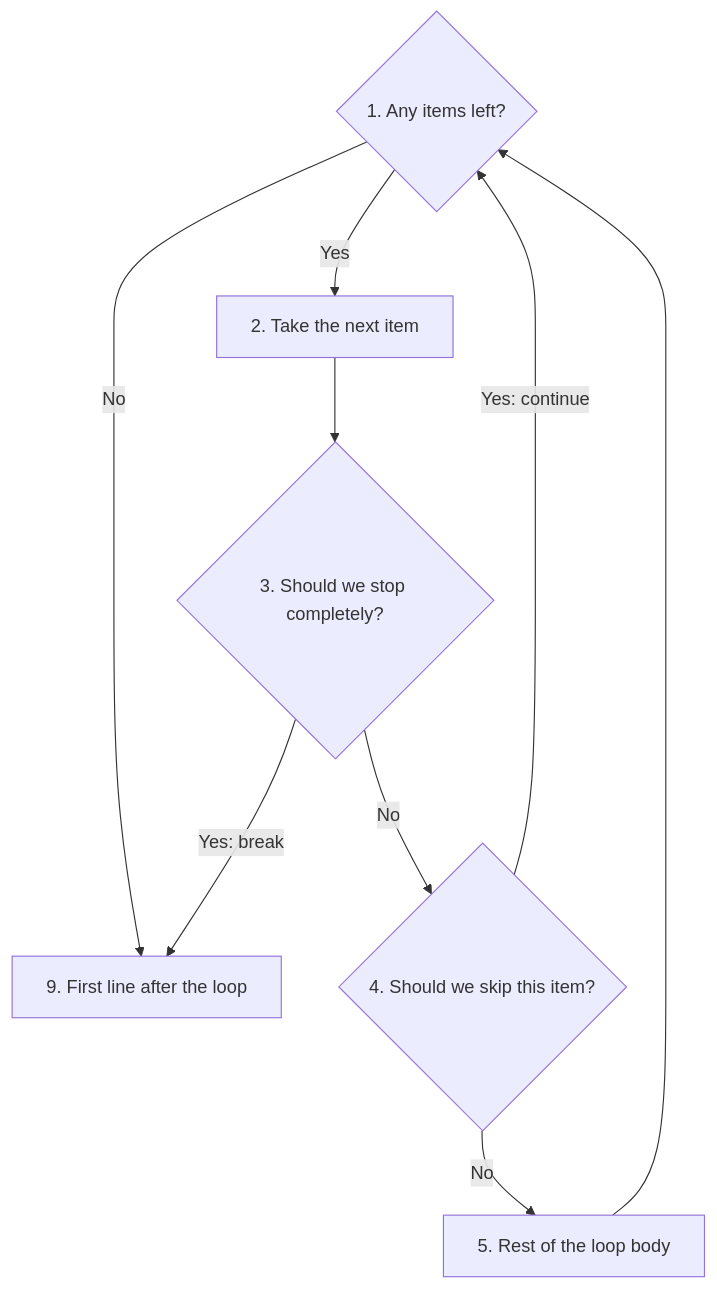
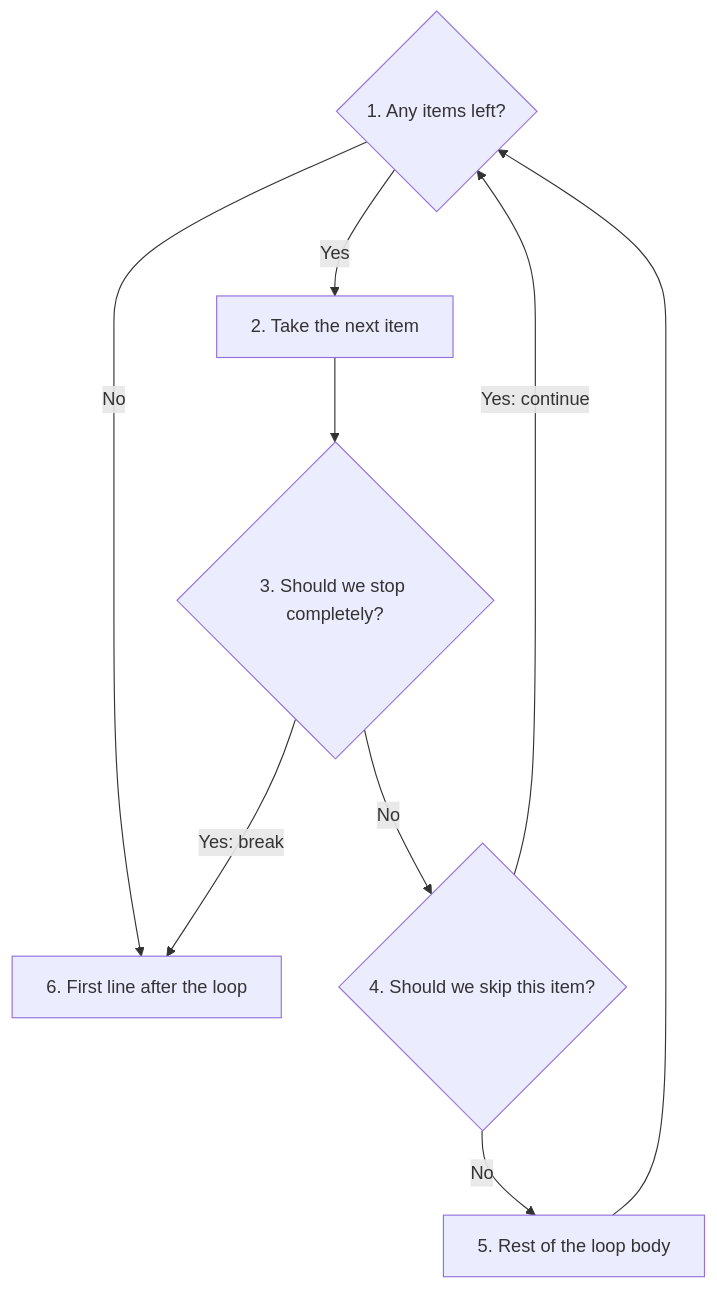
Before and after one commit to ag999git/001-mkdocs: the sixth of 8 diagrams in docs/04-flow-control/03-2-ch4-conceptual-qa.md, drawn with Mermaid. The commit also changed other lines of this file, not shown here.

````diff
--- a/docs/04-flow-control/03-2-ch4-conceptual-qa.md
+++ b/docs/04-flow-control/03-2-ch4-conceptual-qa.md
@@ -1652,11 +1662,11 @@
 ```mermaid
 flowchart TD
     F1{"1. Any items left?"} -- "Yes" --> F2["2. Take the next item"]
-    F1 -- "No" --> F9["9. First line after the loop"]
+    F1 -- "No" --> F9["6. First line after the loop"]
     F2 --> F3{"3. Should we stop completely?"}
     F3 -- "Yes: break" --> F9
     F3 -- "No" --> F4{"4. Should we skip this item?"}
     F4 -- "Yes: continue" --> F1
     F4 -- "No" --> F5["5. Rest of the loop body"]
     F5 --> F1
 ```
````
